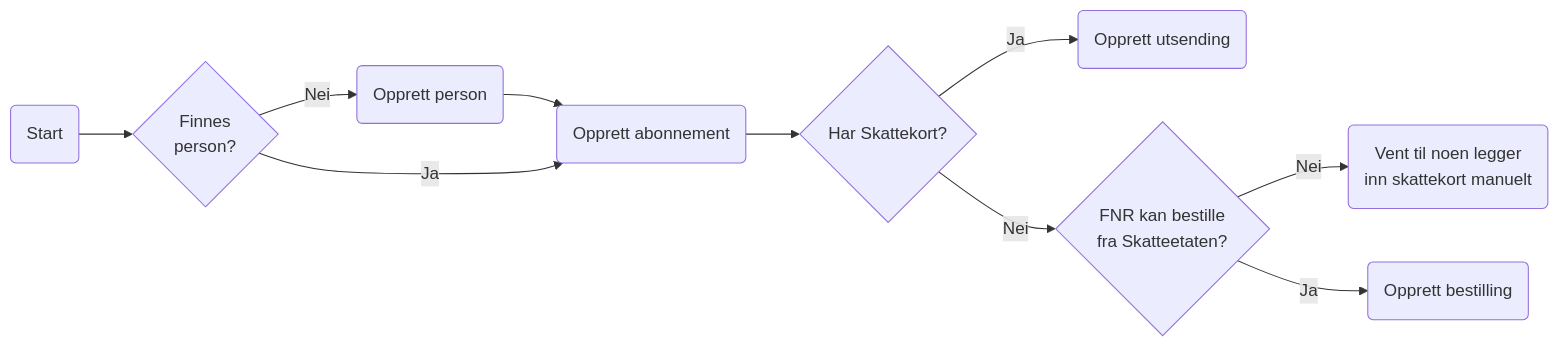
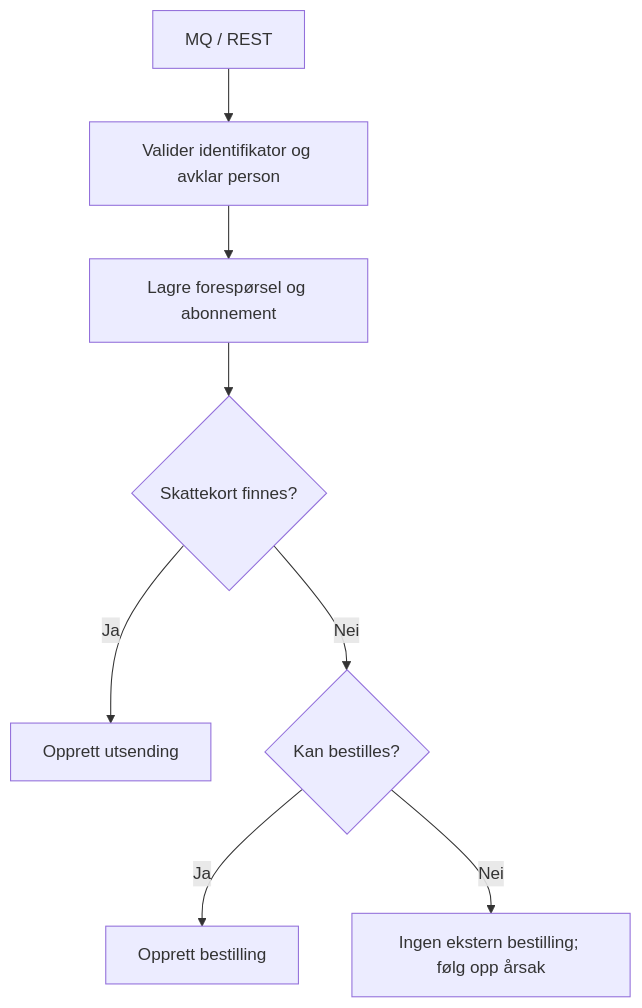
The first of 2 diagrams in dokumentasjon/arkitektur/workflows.md (navikt/sokos-skattekort), drawn with Mermaid before and after one commit. The commit also changed other lines of this file and 12 other files, not shown here.

````diff
--- a/dokumentasjon/arkitektur/workflows.md
+++ b/dokumentasjon/arkitektur/workflows.md
@@ -45,10 +10,10 @@
 ```mermaid
-flowchart LR
-    Start(Start) --> FNR{Finnes \nperson?}
-    FNR -->|Nei| OPPRETT_PERSONID(Opprett person) --> OPPRETT_ABONNEMENT
-    FNR -->|Ja| OPPRETT_ABONNEMENT(Opprett abonnement) --> SJEKK_SKATTEKORT{Har Skattekort?}
-    SJEKK_SKATTEKORT -->|Ja| OPPRETT_UTSENDING(Opprett utsending)
-    SJEKK_SKATTEKORT -->|Nei| FNR_KAN_BESTILLE{FNR kan bestille \nfra Skatteetaten?}
-    FNR_KAN_BESTILLE --> |Nei| VENT_PAA_MANUELT_SKATTEKORT(Vent til noen legger \ninn skattekort manuelt)
-    FNR_KAN_BESTILLE --> |Ja| OPPRETT_BESTILLING(Opprett bestilling)
+flowchart TD
+    Mottak["MQ / REST"] --> Valider["Valider identifikator og avklar person"]
+    Valider --> Interesse["Lagre forespørsel og abonnement"]
+    Interesse --> Finnes{"Skattekort finnes?"}
+    Finnes -->|Ja| Send["Opprett utsending"]
+    Finnes -->|Nei| Tillatt{"Kan bestilles?"}
+    Tillatt -->|Ja| Bestill["Opprett bestilling"]
+    Tillatt -->|Nei| Vent["Ingen ekstern bestilling; følg opp årsak"]
 ```
````
